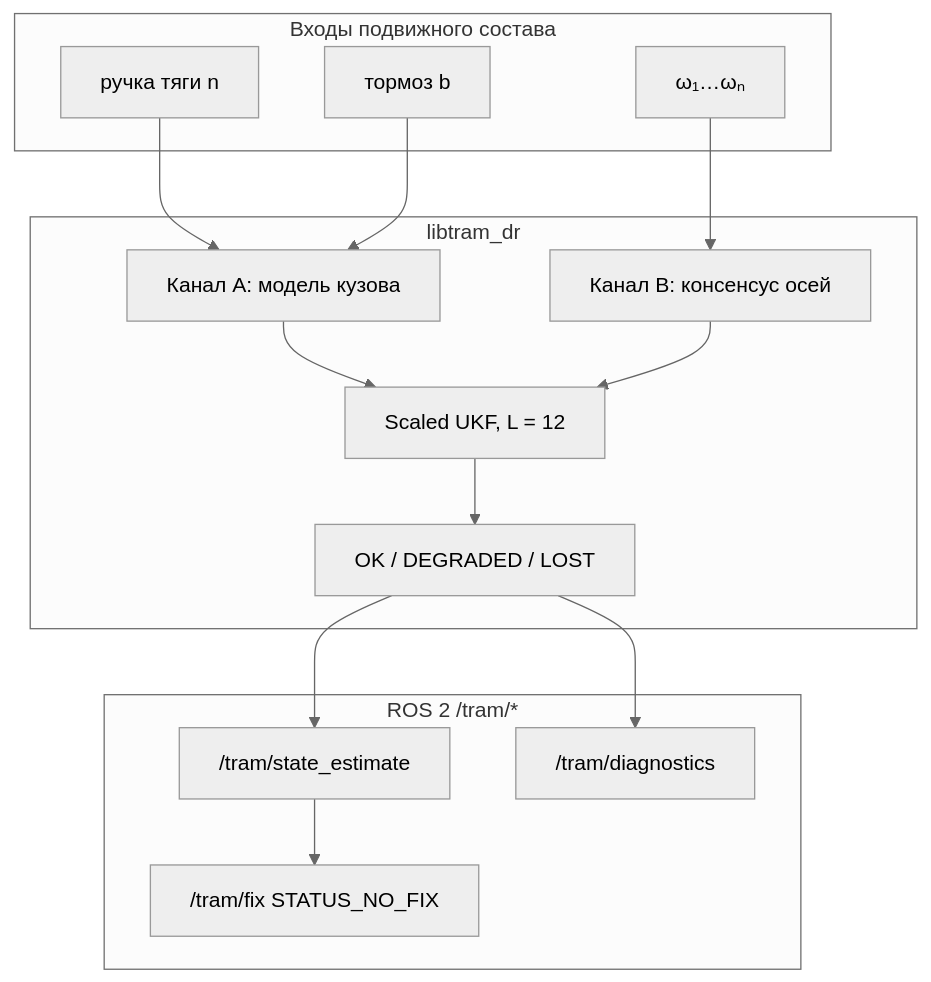
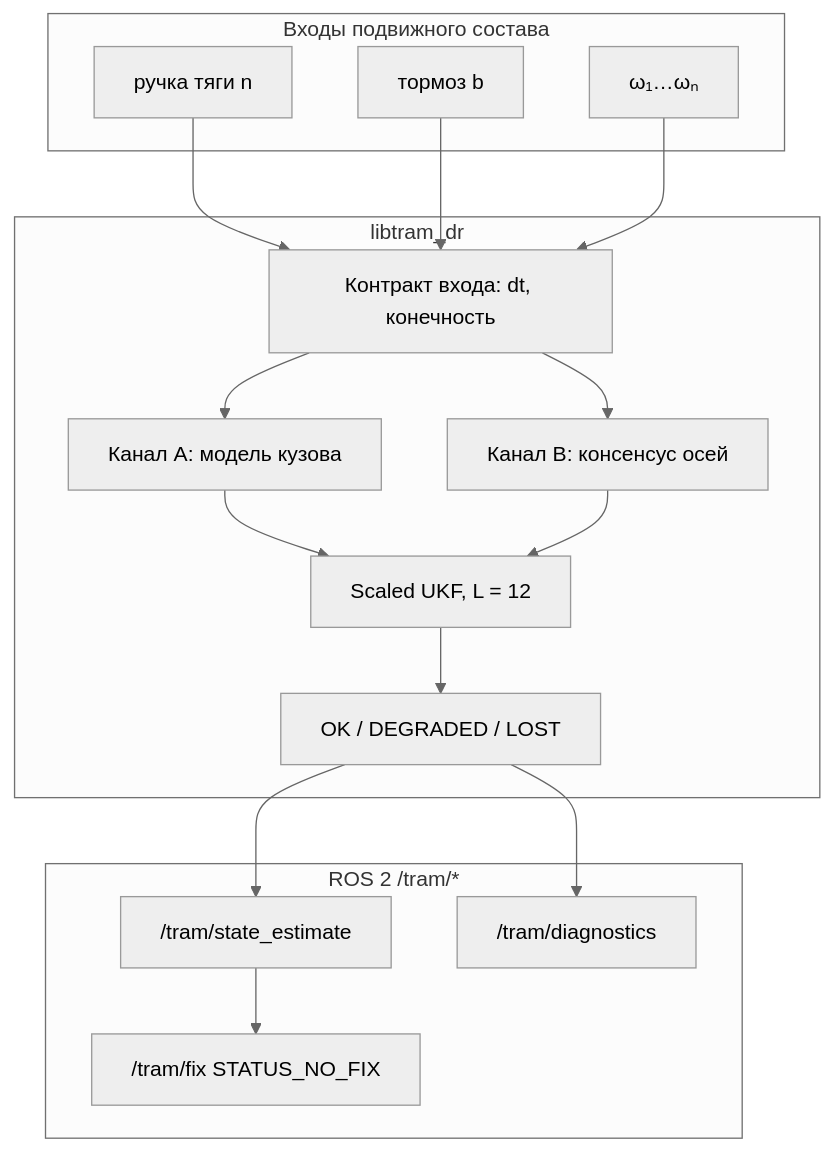
Before and after one commit to KonkovDV/RailBreak: the diagram in README.md, drawn with Mermaid (neutral theme). The commit also changed other lines of this file, not shown here.

````diff
--- a/README.md
+++ b/README.md
@@ -56,31 +81,34 @@
 ```mermaid
 flowchart TD
   subgraph InputLayer["Входы подвижного состава"]
     n_cmd["ручка тяги n"]
     b_cmd["тормоз b"]
     w_raw["ω₁…ωₙ"]
   end
 
   subgraph CoreLayer["libtram_dr"]
+    Contract["Контракт входа: dt, конечность"]
     ChannelA["Канал A: модель кузова"]
     ChannelB["Канал B: консенсус осей"]
     Estimator["Scaled UKF, L = 12"]
     Monitor["OK / DEGRADED / LOST"]
   end
 
   subgraph OutputLayer["ROS 2 /tram/*"]
     odom_pub["/tram/state_estimate"]
     diag_pub["/tram/diagnostics"]
     fix_pub["/tram/fix STATUS_NO_FIX"]
   end
 
-  n_cmd --> ChannelA
-  b_cmd --> ChannelA
-  w_raw --> ChannelB
+  n_cmd --> Contract
+  b_cmd --> Contract
+  w_raw --> Contract
+  Contract --> ChannelA
+  Contract --> ChannelB
   ChannelA --> Estimator
   ChannelB --> Estimator
   Estimator --> Monitor
   Monitor --> odom_pub
   Monitor --> diag_pub
   odom_pub --> fix_pub
 ```
````
